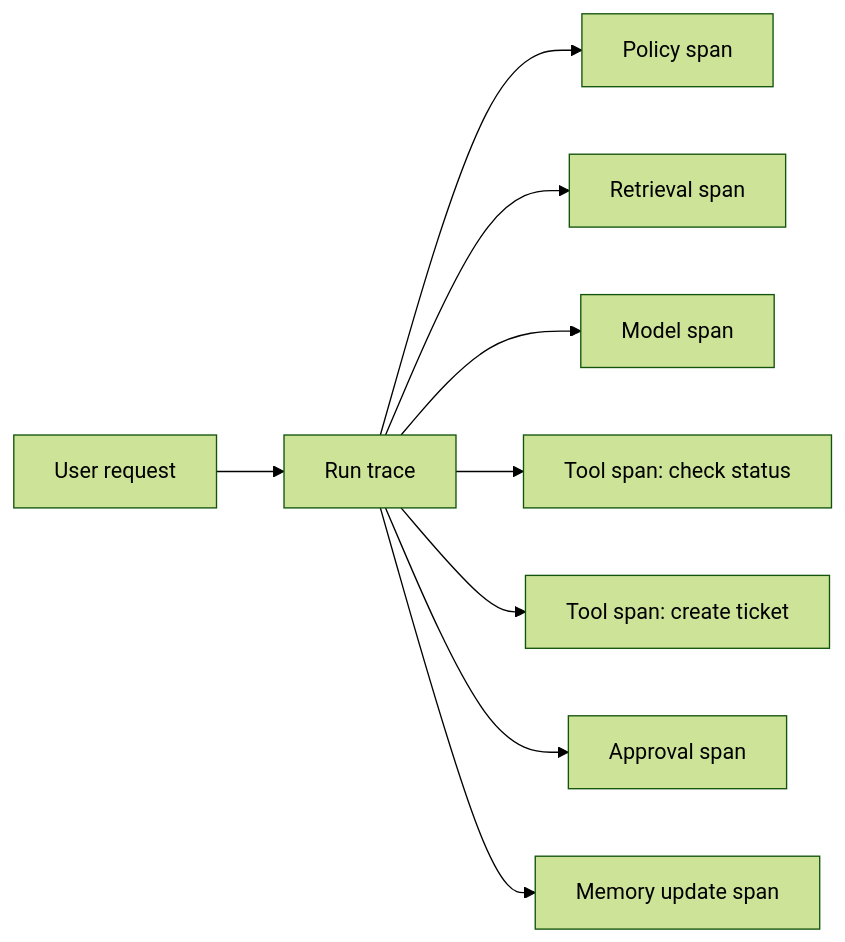
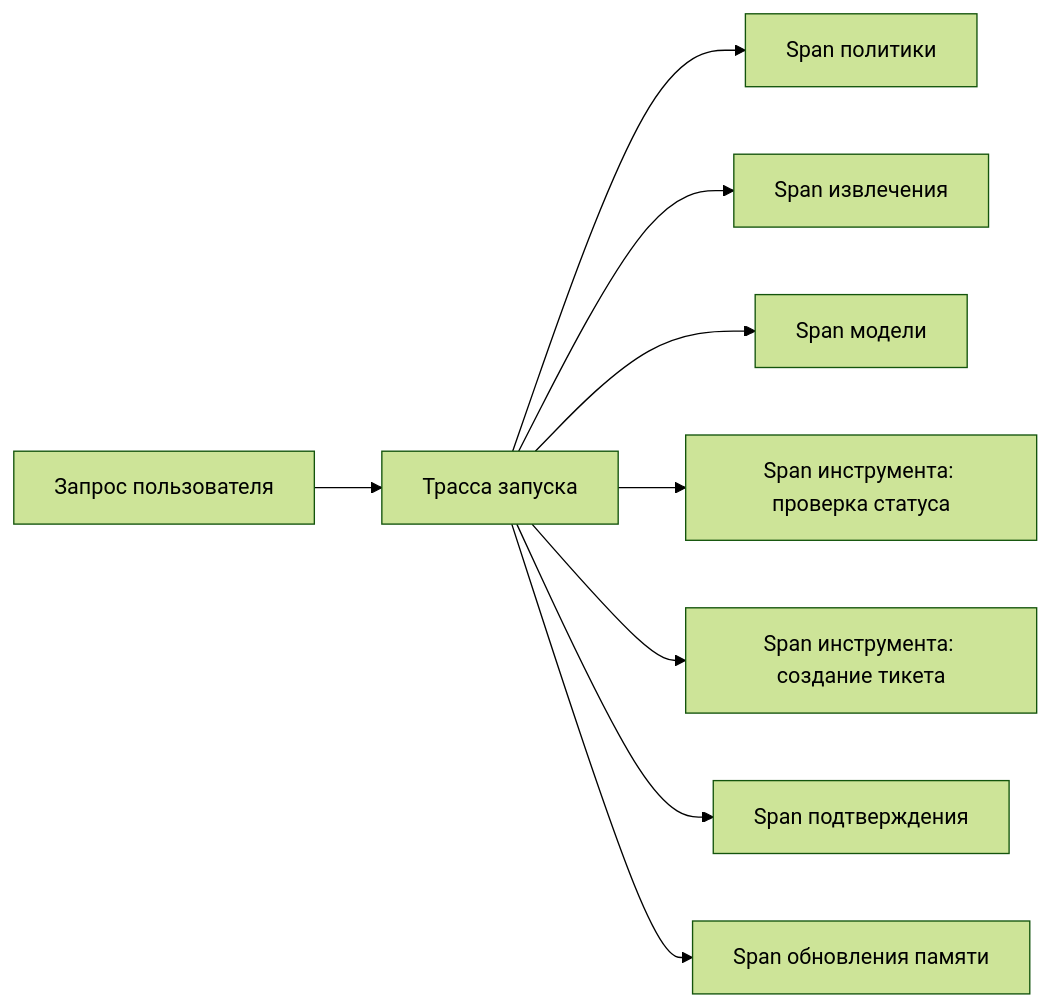
Before and after one commit to agent-axiom/agent-arch: the diagram in docs/book/part-v/chapter-11.md, drawn with Mermaid (forest theme). The commit also changed other lines of this file, not shown here.

````diff
--- a/docs/book/part-v/chapter-11.md
+++ b/docs/book/part-v/chapter-11.md
@@ -72,11 +72,11 @@
 ``` mermaid
 flowchart LR
-    A["User request"] --> B["Run trace"]
-    B --> C["Policy span"]
-    B --> D["Retrieval span"]
-    B --> E["Model span"]
-    B --> F["Tool span: check status"]
-    B --> G["Tool span: create ticket"]
-    B --> H["Approval span"]
-    B --> I["Memory update span"]
+    A["Запрос пользователя"] --> B["Трасса запуска"]
+    B --> C["Span политики"]
+    B --> D["Span извлечения"]
+    B --> E["Span модели"]
+    B --> F["Span инструмента: проверка статуса"]
+    B --> G["Span инструмента: создание тикета"]
+    B --> H["Span подтверждения"]
+    B --> I["Span обновления памяти"]
 ```
````
